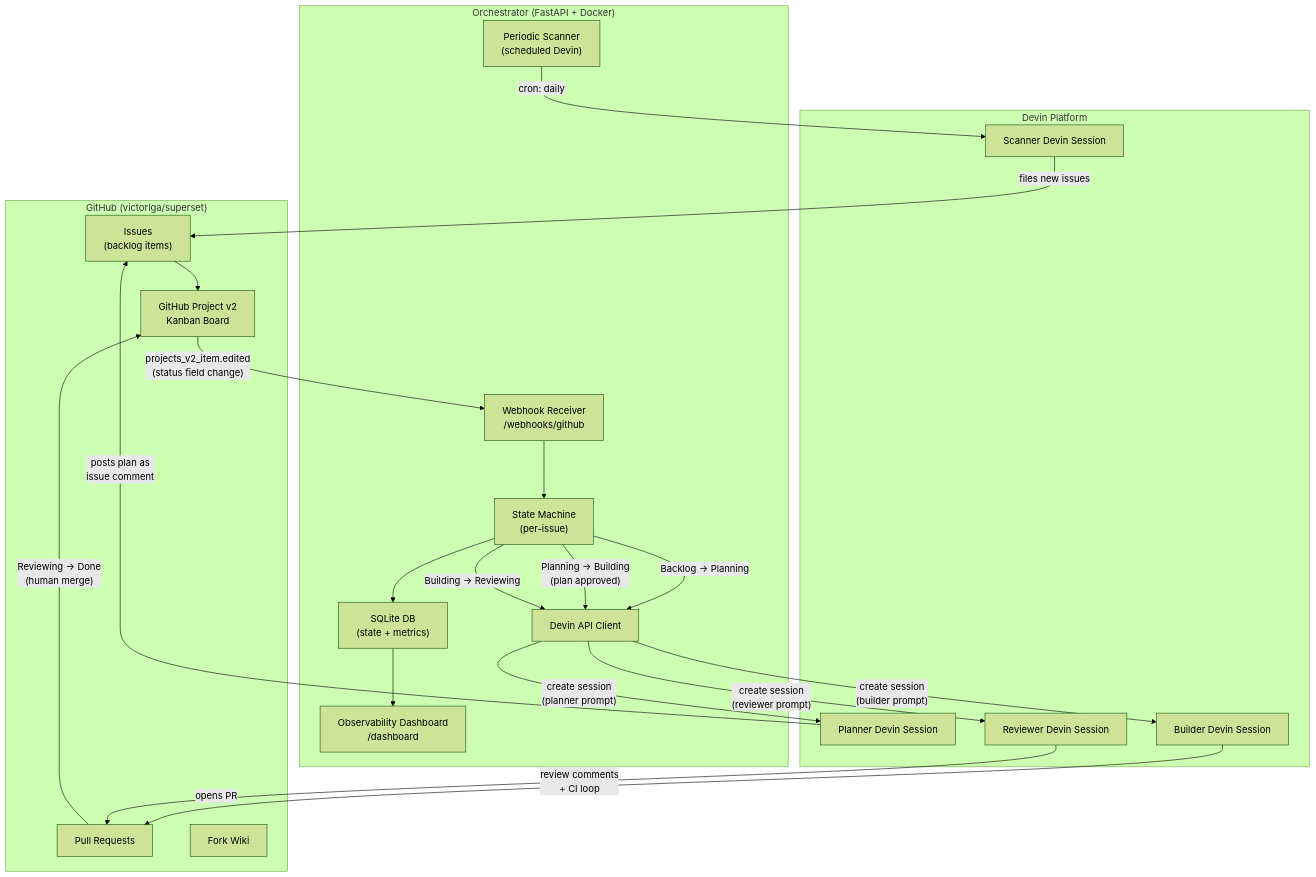
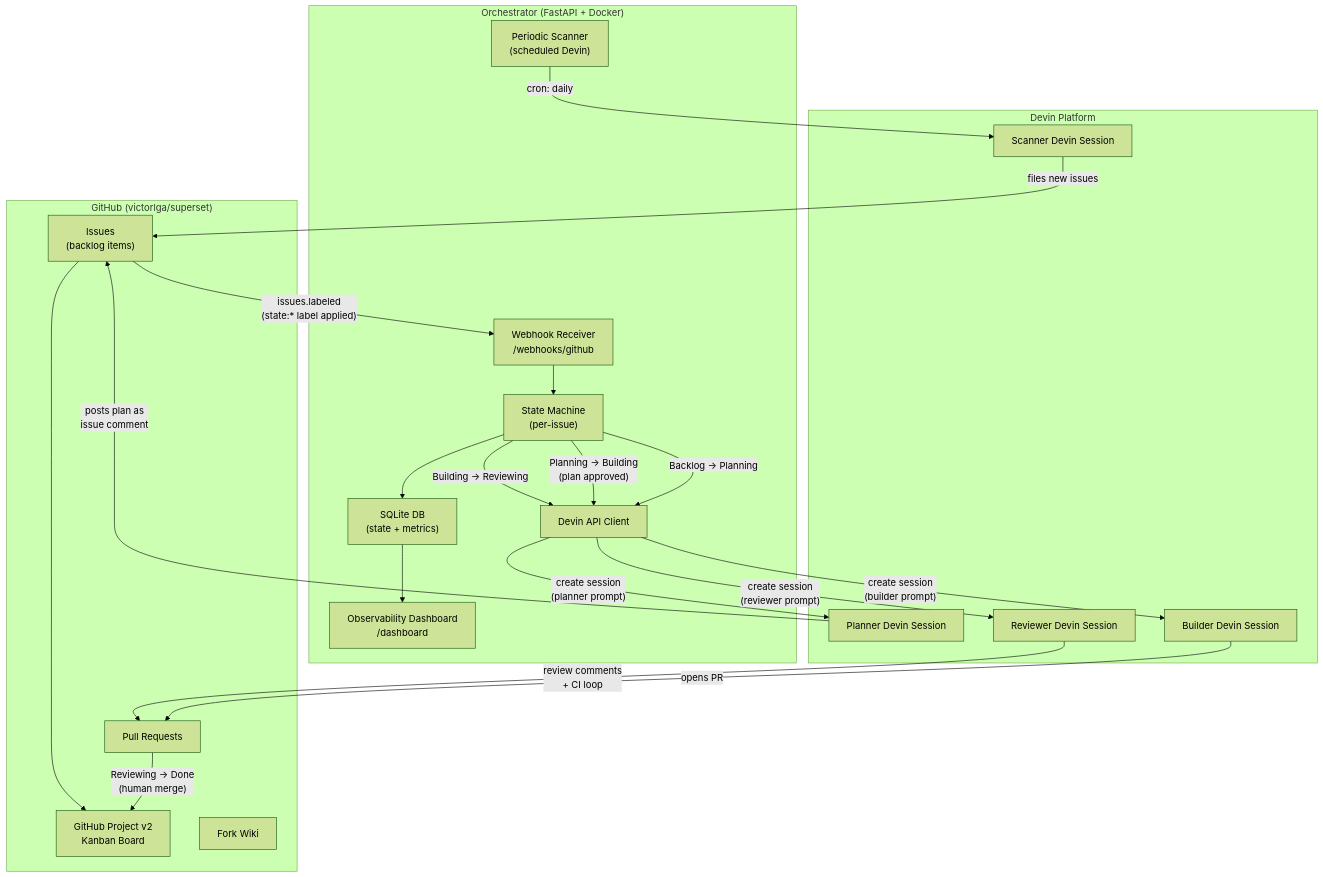
Before and after one commit to victorlga/cognition-takehome: the diagram in docs/ARCHITECTURE.md, drawn with Mermaid (forest theme). The commit also changed other lines of this file and 2 other files, not shown here.

First line of the commit message:
docs: update ARCHITECTURE.md, PHASE_2.md, and CHANGELOG.md for label-based trigger

````diff
--- a/docs/ARCHITECTURE.md
+++ b/docs/ARCHITECTURE.md
@@ -14,51 +14,51 @@
 ```mermaid
 flowchart TB
     subgraph GitHub ["GitHub (victorlga/superset)"]
         Issues["Issues\n(backlog items)"]
         Project["GitHub Project v2\nKanban Board"]
         PRs["Pull Requests"]
         Wiki["Fork Wiki"]
     end
 
     subgraph Orchestrator ["Orchestrator (FastAPI + Docker)"]
         Webhook["Webhook Receiver\n/webhooks/github"]
         SM["State Machine\n(per-issue)"]
         DevinClient["Devin API Client"]
         DB["SQLite DB\n(state + metrics)"]
         Scheduler["Periodic Scanner\n(scheduled Devin)"]
         Dashboard["Observability Dashboard\n/dashboard"]
     end
 
     subgraph DevinCloud ["Devin Platform"]
         PlannerSession["Planner Devin Session"]
         BuilderSession["Builder Devin Session"]
         ReviewerSession["Reviewer Devin Session"]
         ScannerSession["Scanner Devin Session"]
     end
 
     %% Event flow
-    Project -- "projects_v2_item.edited\n(status field change)" --> Webhook
+    Issues -- "issues.labeled\n(state:* label applied)" --> Webhook
     Webhook --> SM
     SM -- "Backlog → Planning" --> DevinClient
     DevinClient -- "create session\n(planner prompt)" --> PlannerSession
     PlannerSession -- "posts plan as\nissue comment" --> Issues
 
     SM -- "Planning → Building\n(plan approved)" --> DevinClient
     DevinClient -- "create session\n(builder prompt)" --> BuilderSession
     BuilderSession -- "opens PR" --> PRs
 
     SM -- "Building → Reviewing" --> DevinClient
     DevinClient -- "create session\n(reviewer prompt)" --> ReviewerSession
     ReviewerSession -- "review comments\n+ CI loop" --> PRs
 
     PRs -- "Reviewing → Done\n(human merge)" --> Project
 
     %% Periodic scan
     Scheduler -- "cron: daily" --> ScannerSession
     ScannerSession -- "files new issues" --> Issues
     Issues --> Project
 
     %% Observability
     SM --> DB
     DB --> Dashboard
 ```
````
